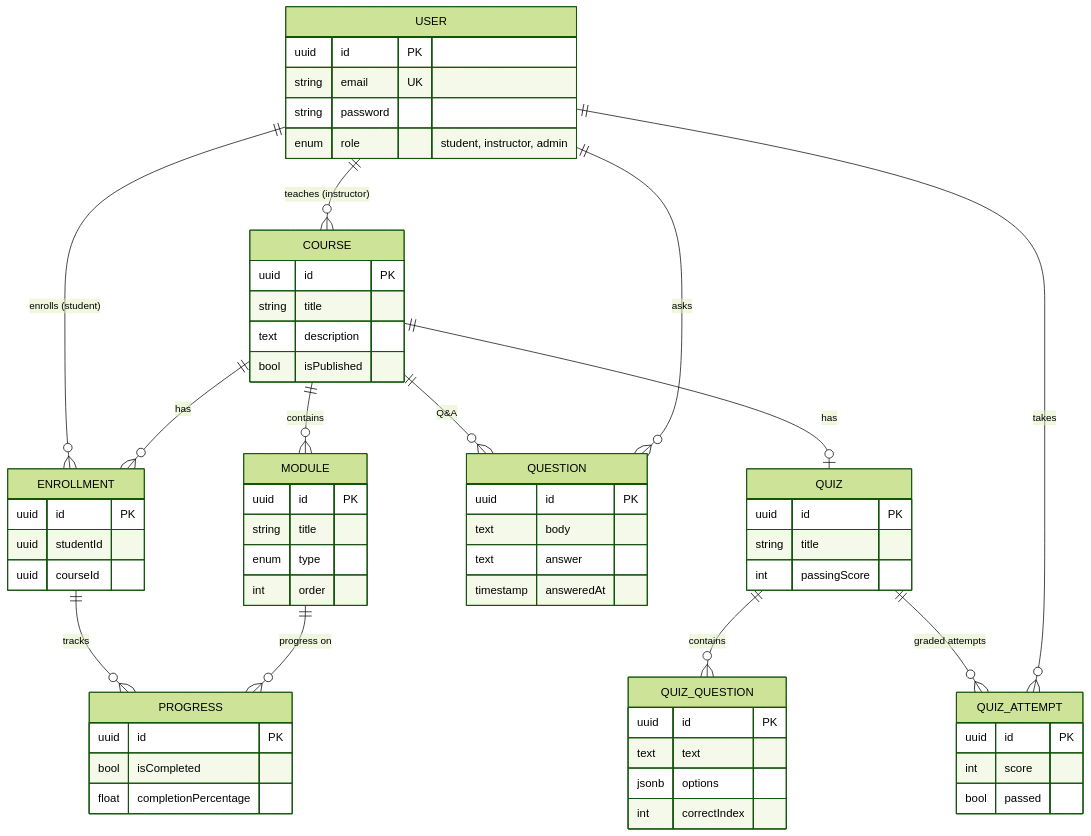
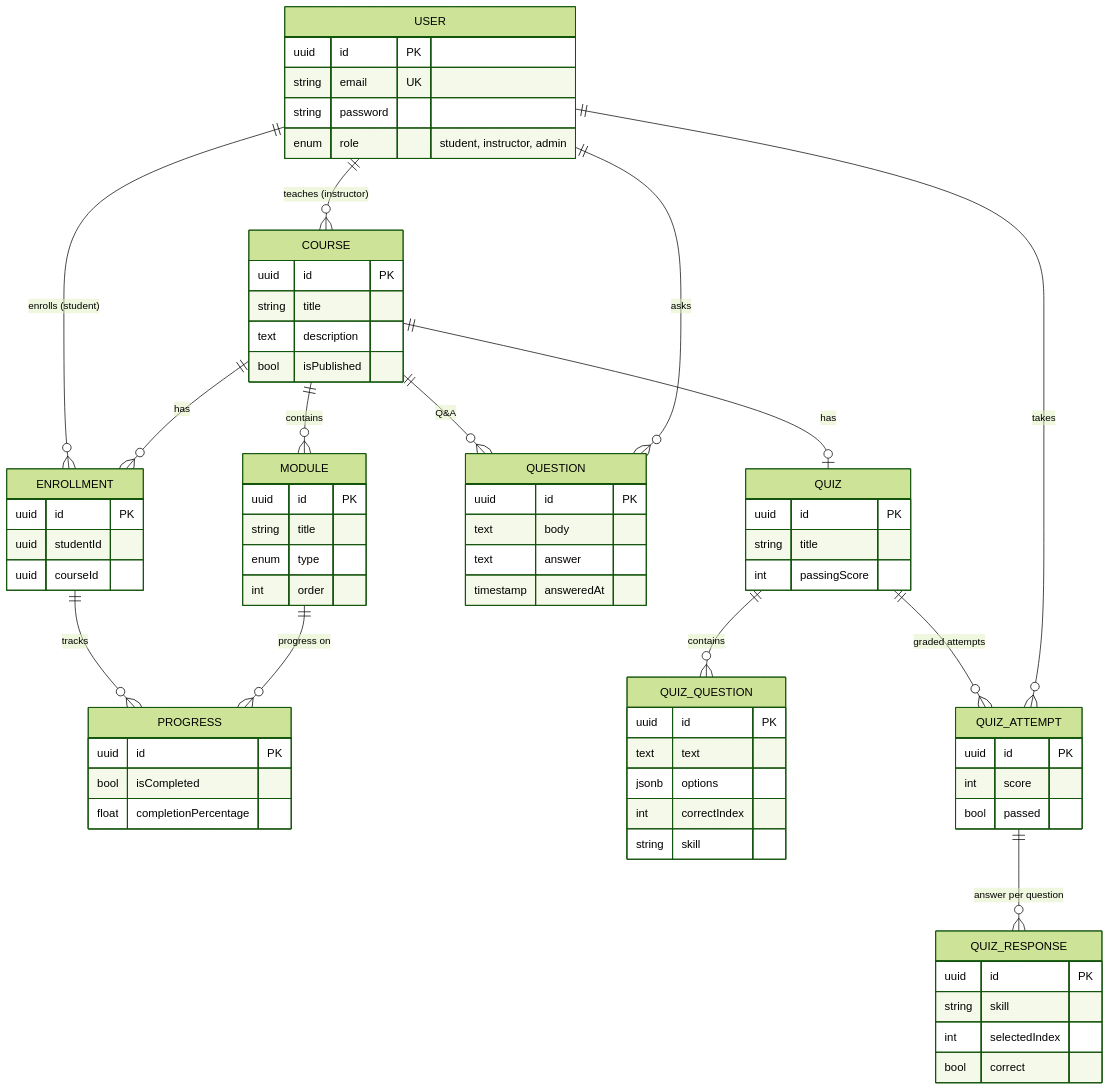
Before and after one commit to nischalk17/LMS--React-and-Nest: the second of 2 diagrams in README.md, drawn with Mermaid (forest theme). The commit also changed other lines of this file and 12 other files, not shown here.

First line of the commit message:
feat(quizzes): log per-question responses and add skill tags

````diff
--- a/README.md
+++ b/README.md
@@ -40,65 +40,73 @@
 ```mermaid
 erDiagram
   USER ||--o{ COURSE : "teaches (instructor)"
   COURSE ||--o{ MODULE : contains
   USER ||--o{ ENROLLMENT : "enrolls (student)"
   COURSE ||--o{ ENROLLMENT : has
   ENROLLMENT ||--o{ PROGRESS : tracks
   COURSE ||--o{ QUESTION : "Q&A"
   USER ||--o{ QUESTION : asks
   COURSE ||--o| QUIZ : has
   QUIZ ||--o{ QUIZ_QUESTION : contains
   QUIZ ||--o{ QUIZ_ATTEMPT : "graded attempts"
+  QUIZ_ATTEMPT ||--o{ QUIZ_RESPONSE : "answer per question"
   USER ||--o{ QUIZ_ATTEMPT : takes
   MODULE ||--o{ PROGRESS : "progress on"
   USER {
     uuid id PK
     string email UK
     string password
     enum role "student, instructor, admin"
   }
   COURSE {
     uuid id PK
     string title
     text description
     bool isPublished
   }
   MODULE {
     uuid id PK
     string title
     enum type
     int order
   }
   ENROLLMENT {
     uuid id PK
     uuid studentId
     uuid courseId
   }
   QUESTION {
     uuid id PK
     text body
     text answer
     timestamp answeredAt
   }
   QUIZ {
     uuid id PK
     string title
     int passingScore
   }
   QUIZ_QUESTION {
     uuid id PK
     text text
     jsonb options
     int correctIndex
+    string skill
   }
   QUIZ_ATTEMPT {
     uuid id PK
     int score
     bool passed
+  }
+  QUIZ_RESPONSE {
+    uuid id PK
+    string skill
+    int selectedIndex
+    bool correct
   }
   PROGRESS {
     uuid id PK
     bool isCompleted
     float completionPercentage
   }
 ```
````
